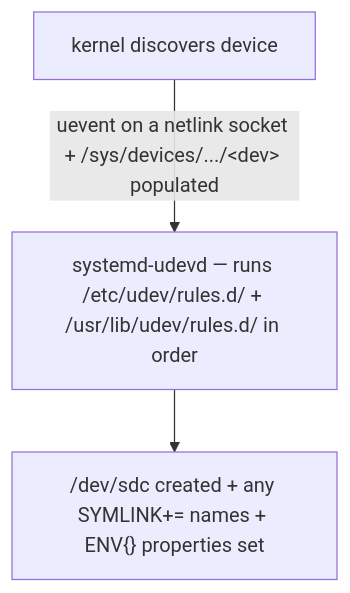
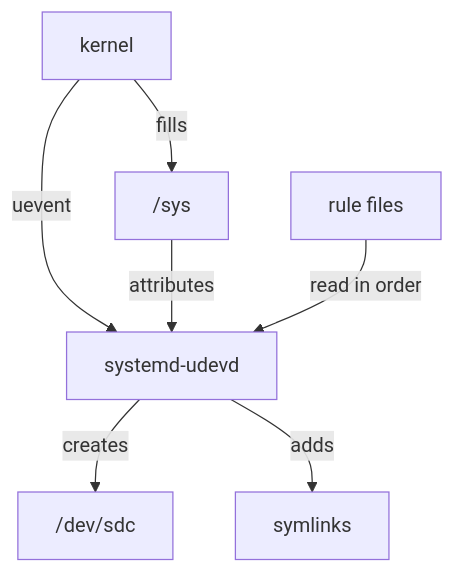
One commit to astrona-io/ATS002 changed the diagram in sections/section-010/module-04/course-01-device-events-and-identity.md. Above: the diagram before and after it, drawn with Mermaid. The commit also changed other lines of this file and 615 other files, not shown here.

````diff
--- a/sections/section-010/module-04/course-01-device-events-and-identity.md
+++ b/sections/section-010/module-04/course-01-device-events-and-identity.md
@@ -11,5 +17,9 @@
 ```mermaid
-flowchart TD
-    K["kernel discovers device"] -->|uevent on a netlink socket + /sys/devices/.../&lt;dev&gt; populated| U["systemd-udevd — runs /etc/udev/rules.d/ + /usr/lib/udev/rules.d/ in order"]
-    U --> N["/dev/sdc created + any SYMLINK+= names + ENV{} properties set"]
+flowchart TB
+    K["kernel"] -->|"fills"| S["/sys"]
+    K -->|"uevent"| U["systemd-udevd"]
+    S -->|"attributes"| U
+    R["rule files"] -->|"read in order"| U
+    U -->|"creates"| N["/dev/sdc"]
+    U -->|"adds"| L["symlinks"]
 ```
````
